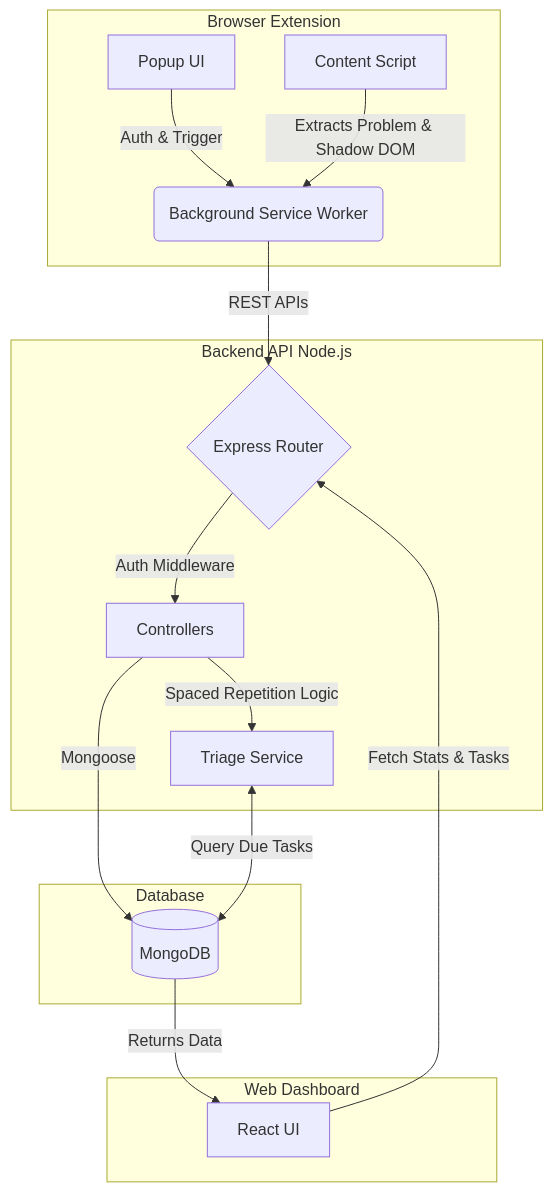
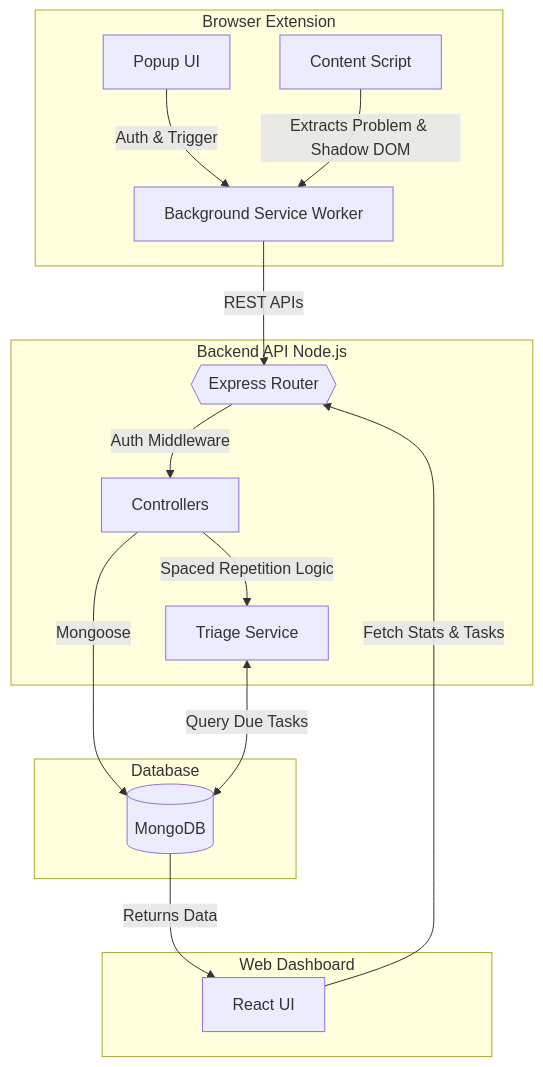
The first of 2 diagrams in .docs/SYSTEM_DESIGN.MD (saurabhkushwaha4201/DSAReps), drawn with Mermaid before and after one commit. The commit also changed other lines of this file and 1 other file, not shown here.

````diff
--- a/.docs/SYSTEM_DESIGN.MD
+++ b/.docs/SYSTEM_DESIGN.MD
@@ -7,23 +7,23 @@
 ```mermaid
 graph TD
-    subgraph Browser Extension
-        A[Popup UI] -->|Auth & Trigger| B(Background Service Worker)
-        C[Content Script] -->|Extracts Problem & Shadow DOM| B
-    end
+  subgraph Browser["Browser Extension"]
+    A["Popup UI"] -->|Auth & Trigger| B["Background Service Worker"]
+    C["Content Script"] -->|Extracts Problem & Shadow DOM| B
+  end
 
-    subgraph Backend API Node.js
-        B -->|REST APIs| D{Express Router}
-        D -->|Auth Middleware| E[Controllers]
-        E -->|Spaced Repetition Logic| F[Triage Service]
-    end
+  subgraph Backend["Backend API Node.js"]
+    B -->|REST APIs| D{{"Express Router"}}
+    D -->|Auth Middleware| E["Controllers"]
+    E -->|Spaced Repetition Logic| F["Triage Service"]
+  end
 
-    subgraph Database
-        E -->|Mongoose| G[(MongoDB)]
-        F <-->|Query Due Tasks| G
-    end
+  subgraph Database["Database"]
+    E -->|Mongoose| G[("MongoDB")]
+    F <-->|Query Due Tasks| G
+  end
 
-    subgraph Web Dashboard
-        H[React UI] -->|Fetch Stats & Tasks| D
-        G -->|Returns Data| H
-    end
+  subgraph Dashboard["Web Dashboard"]
+    H["React UI"] -->|Fetch Stats & Tasks| D
+    G -->|Returns Data| H
+  end
 ```
````
